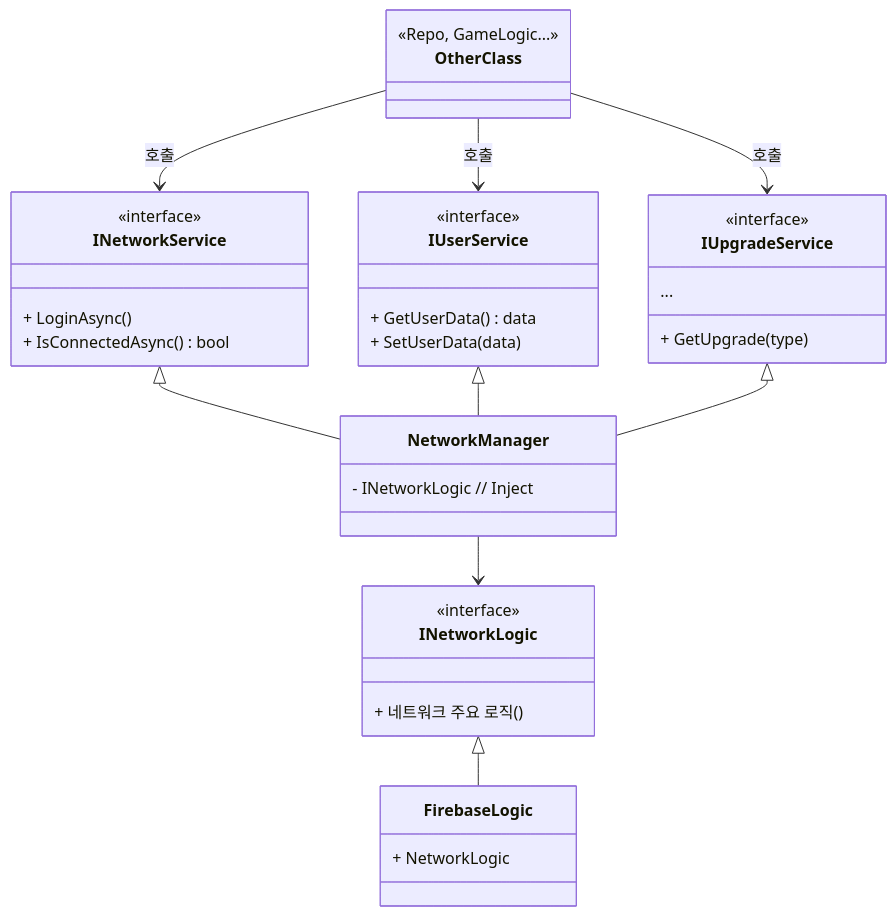
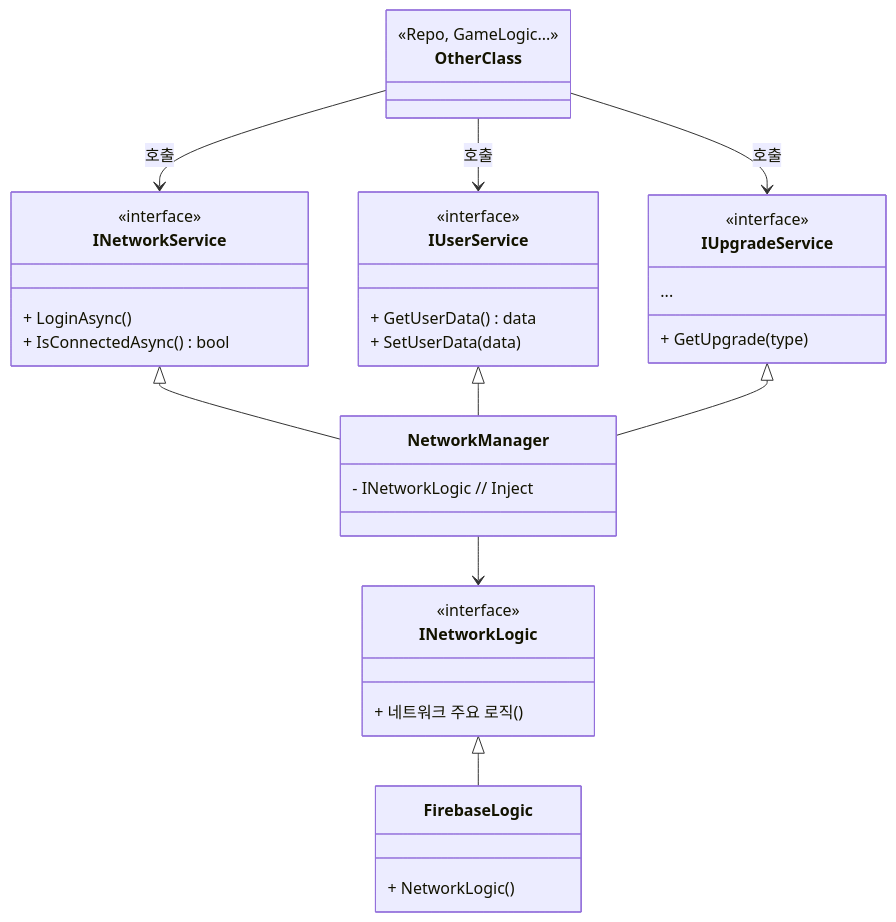
One commit to HyunWoo-Jo/ProjectHS changed the eighth of 8 diagrams in _Doc/DevelopmentLog.md. Above: the diagram before and after it, drawn with Mermaid. The commit also changed other lines of this file, not shown here.

````diff
--- a/_Doc/DevelopmentLog.md
+++ b/_Doc/DevelopmentLog.md
@@ -318,46 +320,46 @@
 ```mermaid
 classDiagram
 
 class OtherClass {
     <<Repo, GameLogic...>>
 }
 
 class INetworkService{
     <<interface>>
     + LoginAsync()
     + IsConnectedAsync() bool
 }
 class IUserService{
      <<interface>>
     + GetUserData() data
     + SetUserData(data)
 }
 class IUpgradeService{
      <<interface>>
     + GetUpgrade(type)
     ...
 }
 
 class NetworkManager{
     - INetworkLogic // Inject
 }
 
 class INetworkLogic {
     <<interface>>
     + 네트워크 주요 로직()
 }
 
 class FirebaseLogic {
-    + NetworkLogic
+    + NetworkLogic()
 }
 
 OtherClass --> INetworkService : 호출
 OtherClass --> IUserService : 호출
 OtherClass --> IUpgradeService : 호출
 
 INetworkService <|-- NetworkManager
 IUserService <|-- NetworkManager
 IUpgradeService <|-- NetworkManager
 NetworkManager --> INetworkLogic
 INetworkLogic <|-- FirebaseLogic
 ```
````
